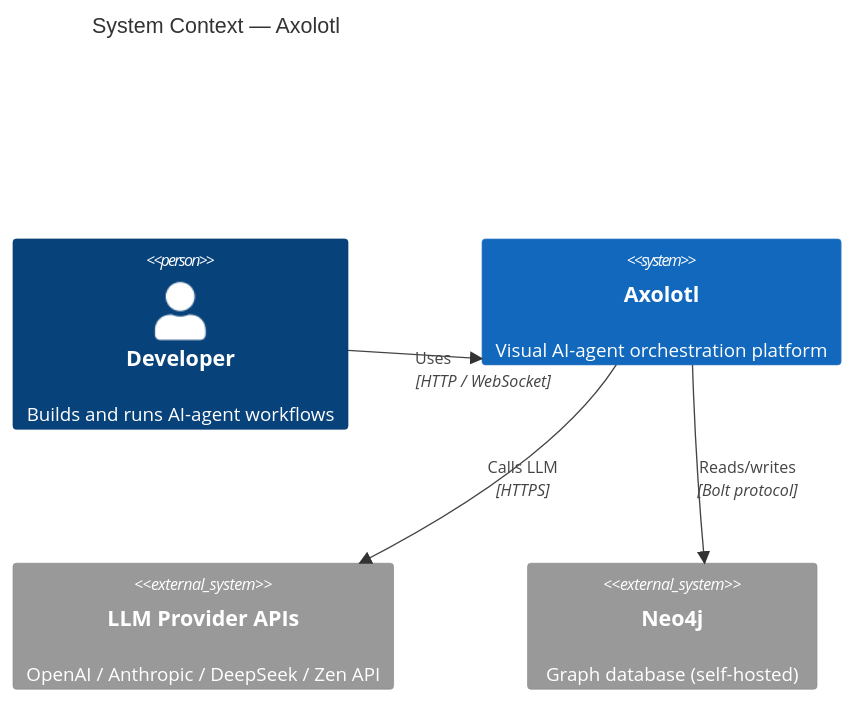
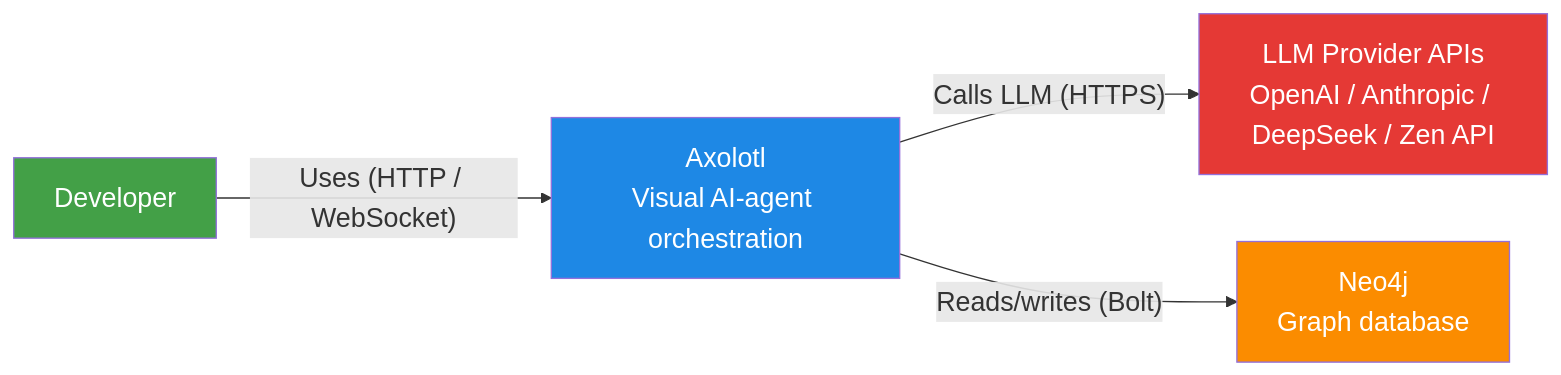
The diagram in docs/en/architecture.md (mechtar-ru/Axolotl), drawn with Mermaid before and after one commit. The commit also changed 7 other files, not shown here.

First line of the commit message:
docs: add horizontal scroll for Mermaid C4 diagrams

````diff
--- a/docs/en/architecture.md
+++ b/docs/en/architecture.md
@@ -10,13 +10,17 @@
 ```mermaid
-C4Context
-  title System Context — Axolotl
+%%{init: {"flowchart": {"useMaxWidth": false}, "themeVariables": {"fontSize": "20px"}}}%%
+flowchart LR
+    Developer["Developer"]
+    Axolotl["Axolotl<br/>Visual AI-agent orchestration"]
+    LLM["LLM Provider APIs<br/>OpenAI / Anthropic / DeepSeek / Zen API"]
+    Neo4j["Neo4j<br/>Graph database"]
 
-  Person(developer, "Developer", "Builds and runs AI-agent workflows")
-  System(axolotl, "Axolotl", "Visual AI-agent orchestration platform")
-  System_Ext(providers, "LLM Provider APIs", "OpenAI / Anthropic / DeepSeek / Zen API")
-  System_Ext(neo4j, "Neo4j", "Graph database (self-hosted)")
+    Developer -- "Uses (HTTP / WebSocket)" --> Axolotl
+    Axolotl -- "Calls LLM (HTTPS)" --> LLM
+    Axolotl -- "Reads/writes (Bolt)" --> Neo4j
 
-  Rel(developer, axolotl, "Uses", "HTTP / WebSocket")
-  Rel(axolotl, providers, "Calls LLM", "HTTPS")
-  Rel(axolotl, neo4j, "Reads/writes", "Bolt protocol")
+    style Axolotl fill:#1e88e5,color:#fff
+    style Developer fill:#43a047,color:#fff
+    style LLM fill:#e53935,color:#fff
+    style Neo4j fill:#fb8c00,color:#fff
 ```
````
